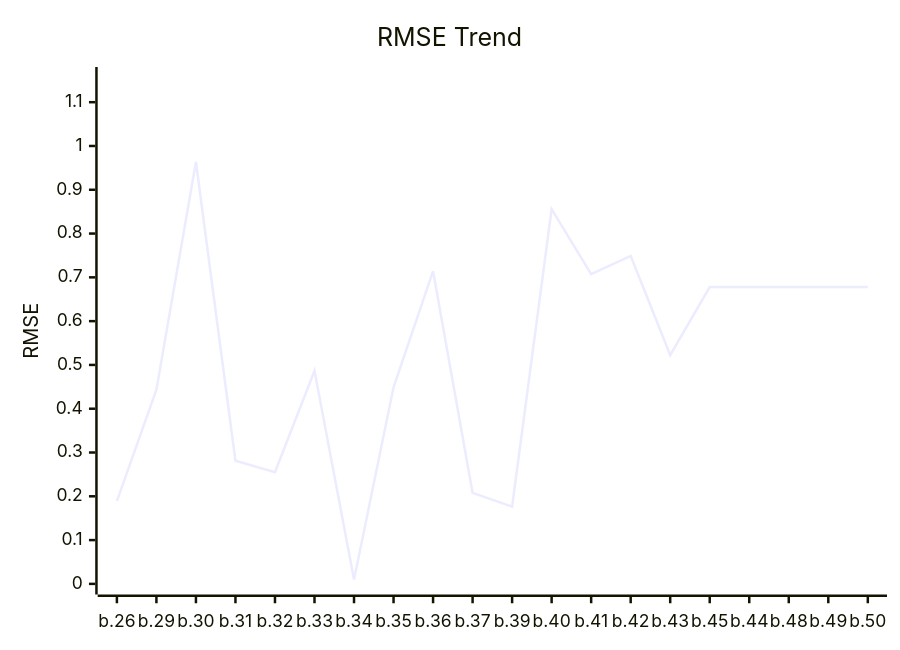
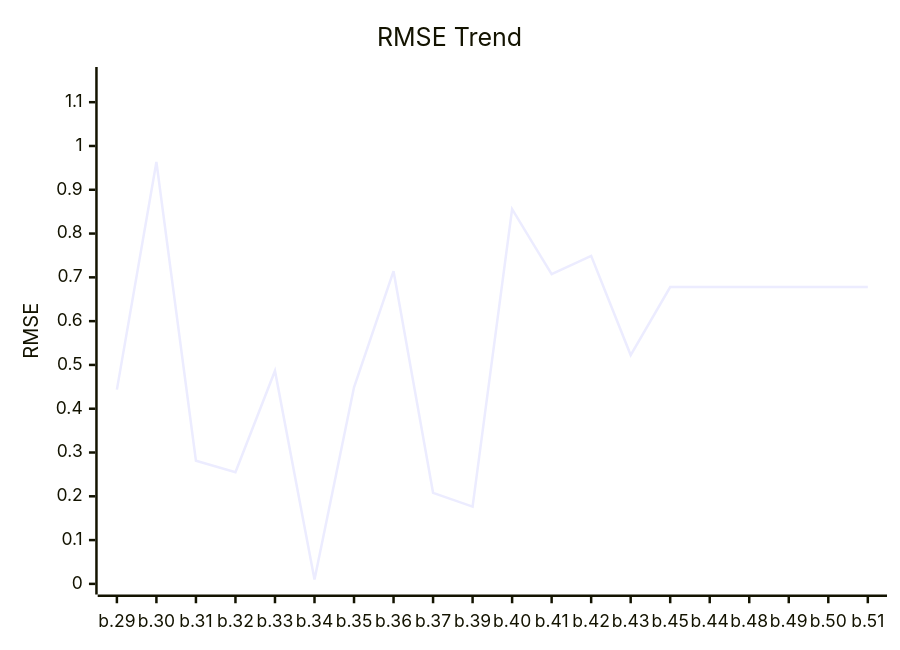
One commit to timo-eberl/tracy changed the first of 2 diagrams in README.md. Above: the diagram before and after it, drawn with Mermaid. The commit also changed other lines of this file and 3 other files, not shown here.

````diff
--- a/README.md
+++ b/README.md
@@ -13,7 +13,7 @@
 ```mermaid
 xychart-beta
     title "RMSE Trend"
-    x-axis ["b.26", "b.29", "b.30", "b.31", "b.32", "b.33", "b.34", "b.35", "b.36", "b.37", "b.39", "b.40", "b.41", "b.42", "b.43", "b.45", "b.44", "b.48", "b.49", "b.50"]
+    x-axis ["b.29", "b.30", "b.31", "b.32", "b.33", "b.34", "b.35", "b.36", "b.37", "b.39", "b.40", "b.41", "b.42", "b.43", "b.45", "b.44", "b.48", "b.49", "b.50", "b.51"]
     y-axis "RMSE" 0 --> 1.1561
-    line [0.1888, 0.4436, 0.9634, 0.2812, 0.2549, 0.4864, 0.0098, 0.4489, 0.7142, 0.2079, 0.1763, 0.8557, 0.7071, 0.749, 0.5226, 0.677836, 0.677984, 0.678, 0.678, 0.678]
+    line [0.4436, 0.9634, 0.2812, 0.2549, 0.4864, 0.0098, 0.4489, 0.7142, 0.2079, 0.1763, 0.8557, 0.7071, 0.749, 0.5226, 0.677836, 0.677984, 0.678, 0.678, 0.678, 0.6778]
 ```
````
